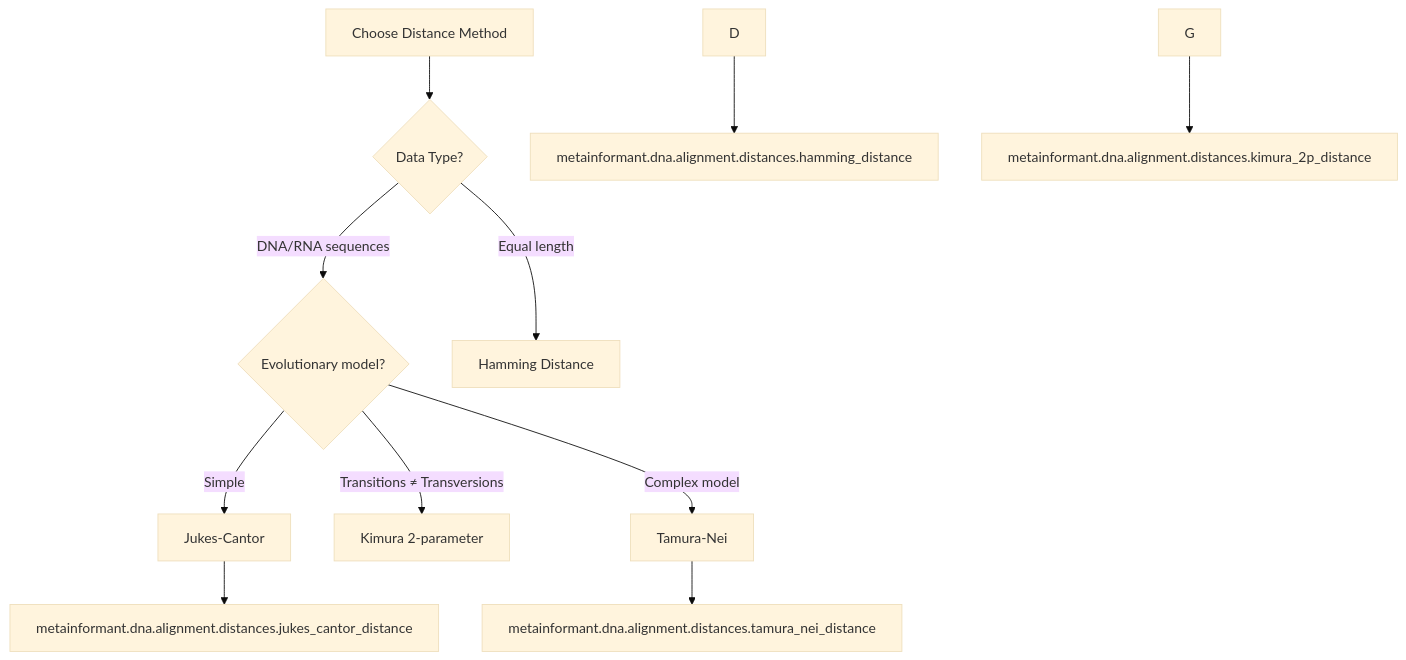
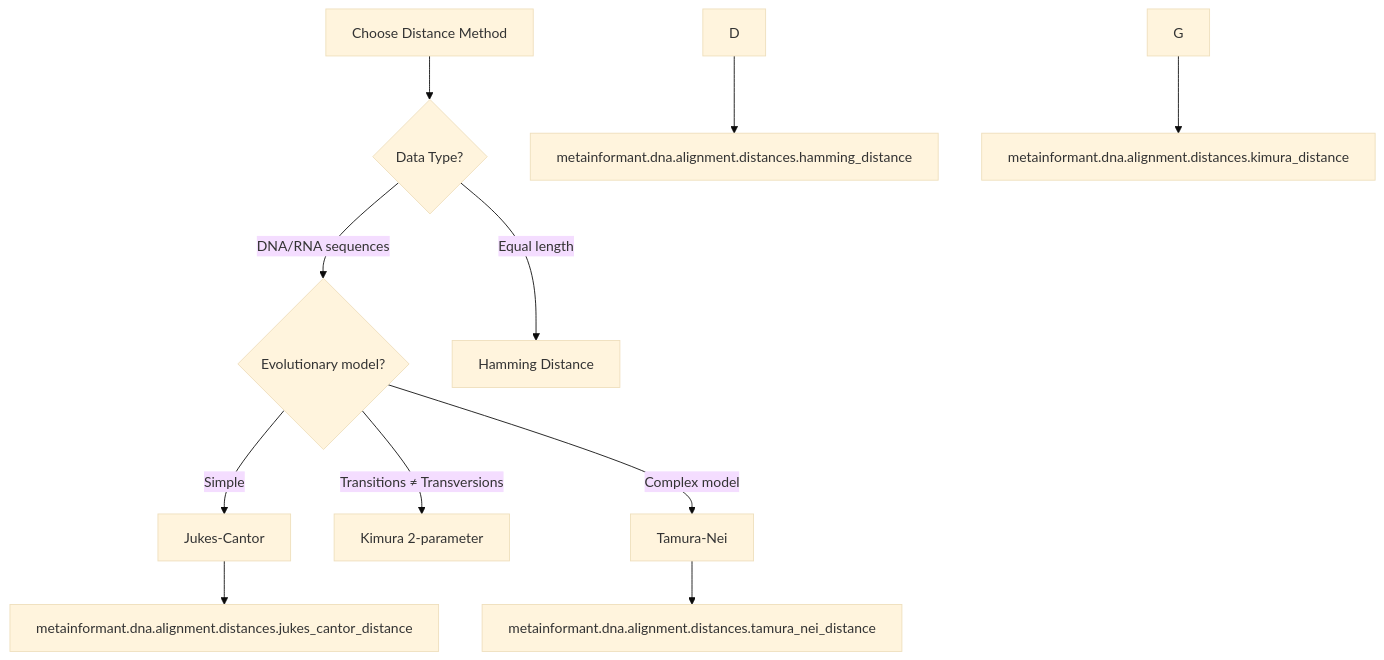
The second of 5 diagrams in docs/COMPARISON_GUIDES.md (docxology/MetaInformAnt), drawn with Mermaid (base theme) before and after one commit. The commit also changed other lines of this file and 189 other files, not shown here.

````diff
--- a/docs/COMPARISON_GUIDES.md
+++ b/docs/COMPARISON_GUIDES.md
@@ -153,15 +153,15 @@
 ```mermaid
 graph TD
     AchooseDistanceMethod[Choose Distance Method] --> B{Data Type?}
     B -->|DNA/RNA sequences| C{Evolutionary model?}
     B -->|Equal length| DhammingDistance[Hamming Distance]
 
     C -->|Simple| F[Jukes-Cantor]
     C -->|Transitions ≠ Transversions| Gkimura2-parameter[Kimura 2-parameter]
     C -->|Complex model| H[Tamura-Nei]
 
     D --> Imetainformant.dna.alignment.distances.hammingDistance[metainformant.dna.alignment.distances.hamming_distance]
     F --> Kmetainformant.dna.alignment.distances.jukesCantorDistance[metainformant.dna.alignment.distances.jukes_cantor_distance]
-    G --> Lmetainformant.dna.alignment.distances.kimura2pDistance[metainformant.dna.alignment.distances.kimura_2p_distance]
+    G --> Lmetainformant.dna.alignment.distances.kimuraDistance[metainformant.dna.alignment.distances.kimura_distance]
     H --> Mmetainformant.dna.alignment.distances.tamuraNeiDistance[metainformant.dna.alignment.distances.tamura_nei_distance]
 ```
````
